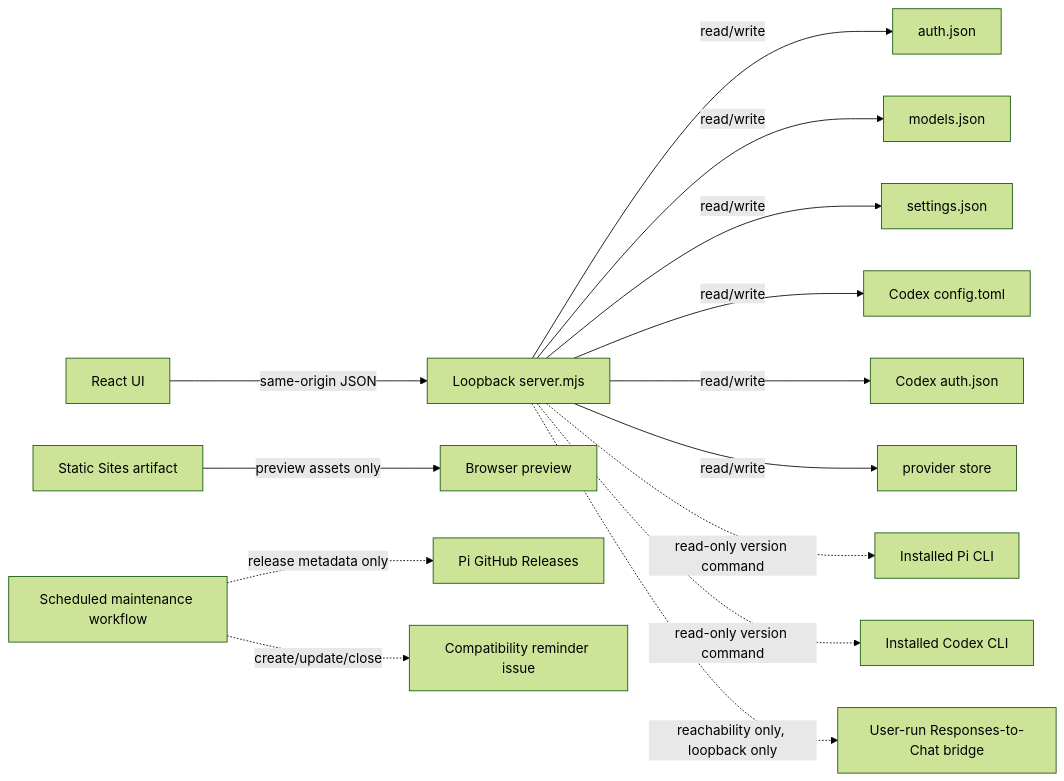
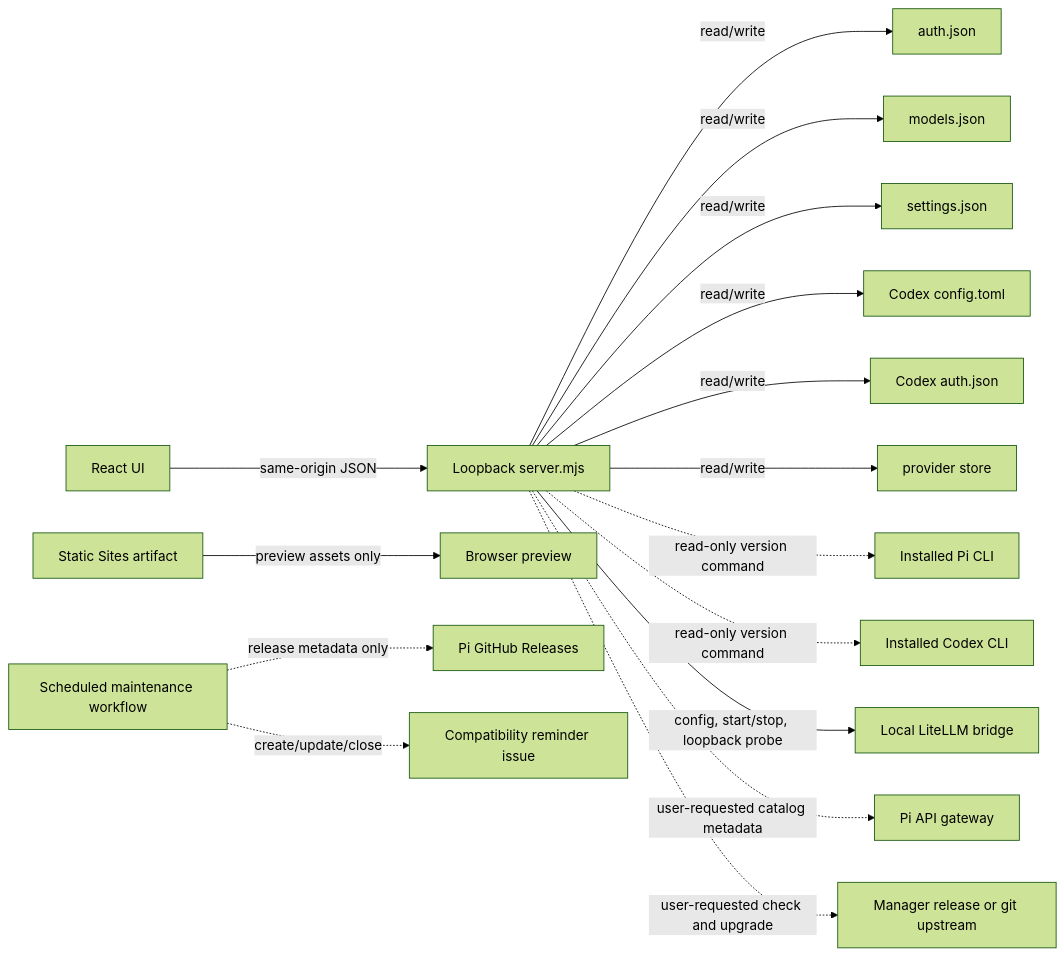
Before and after one commit to wowayou/pi-provider-manager: the diagram in docs/architecture.md, drawn with Mermaid (forest theme). The commit also changed other lines of this file and 9 other files, not shown here.

````diff
--- a/docs/architecture.md
+++ b/docs/architecture.md
@@ -30,17 +30,19 @@
 ```mermaid
 flowchart LR
   Browser[React UI] -->|same-origin JSON| Server[Loopback server.mjs]
   Server -->|read/write| Auth[auth.json]
   Server -->|read/write| Models[models.json]
   Server -->|read/write| Settings[settings.json]
   Server -->|read/write| CodexToml[Codex config.toml]
   Server -->|read/write| CodexAuth[Codex auth.json]
   Server -->|read/write| CodexStore[provider store]
   Server -.->|read-only version command| Pi[Installed Pi CLI]
   Server -.->|read-only version command| Codex[Installed Codex CLI]
-  Server -.->|reachability only, loopback only| Bridge[User-run Responses-to-Chat bridge]
+  Server -->|config, start/stop, loopback probe| Bridge[Local LiteLLM bridge]
+  Server -.->|user-requested catalog metadata| Gateway[Pi API gateway]
+  Server -.->|user-requested check and upgrade| ManagerReleases[Manager release or git upstream]
   Sites[Static Sites artifact] -->|preview assets only| Preview[Browser preview]
 
   Monitor[Scheduled maintenance workflow] -.->|release metadata only| Releases[Pi GitHub Releases]
   Monitor -.->|create/update/close| Issue[Compatibility reminder issue]
 ```
````
